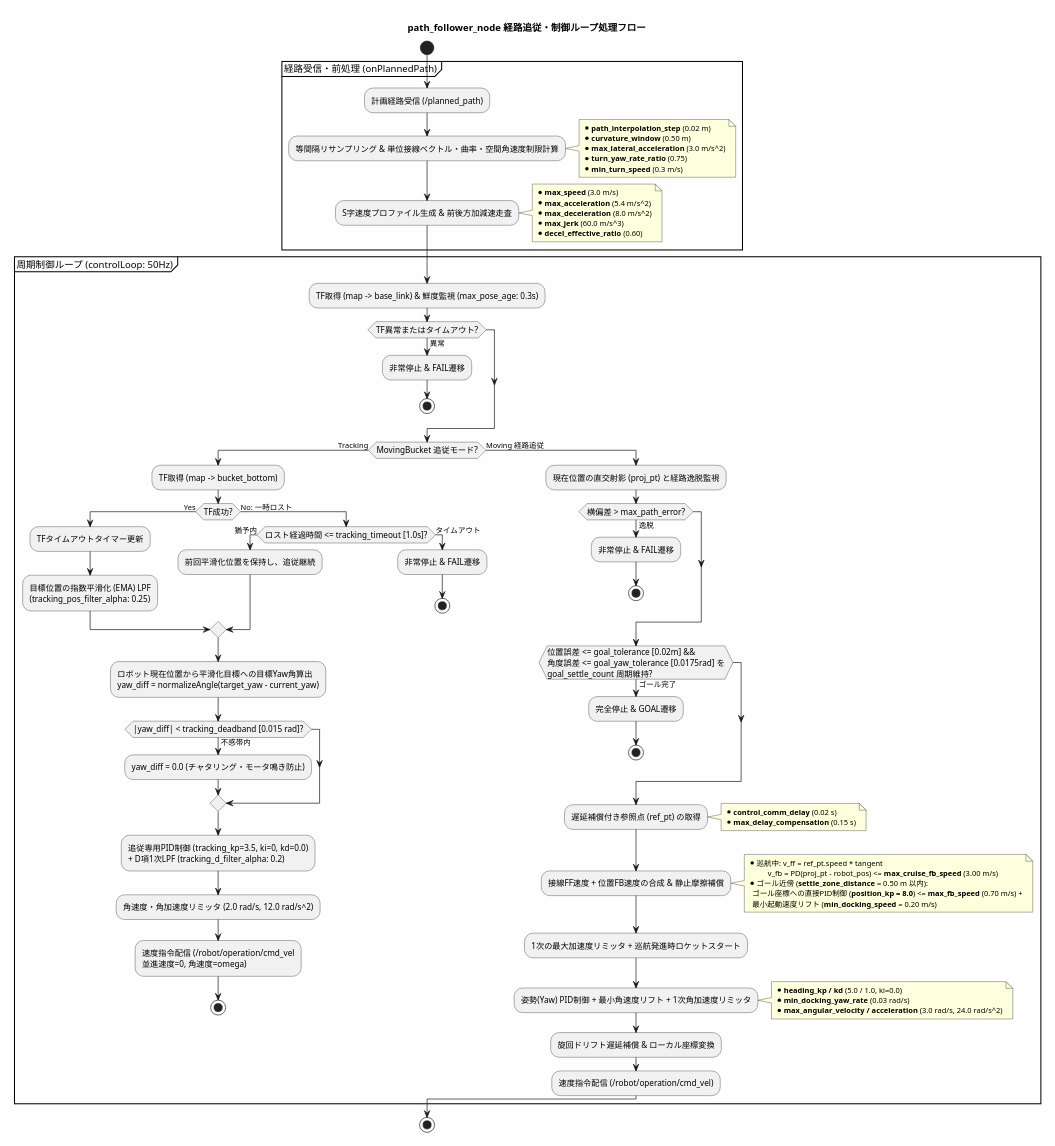
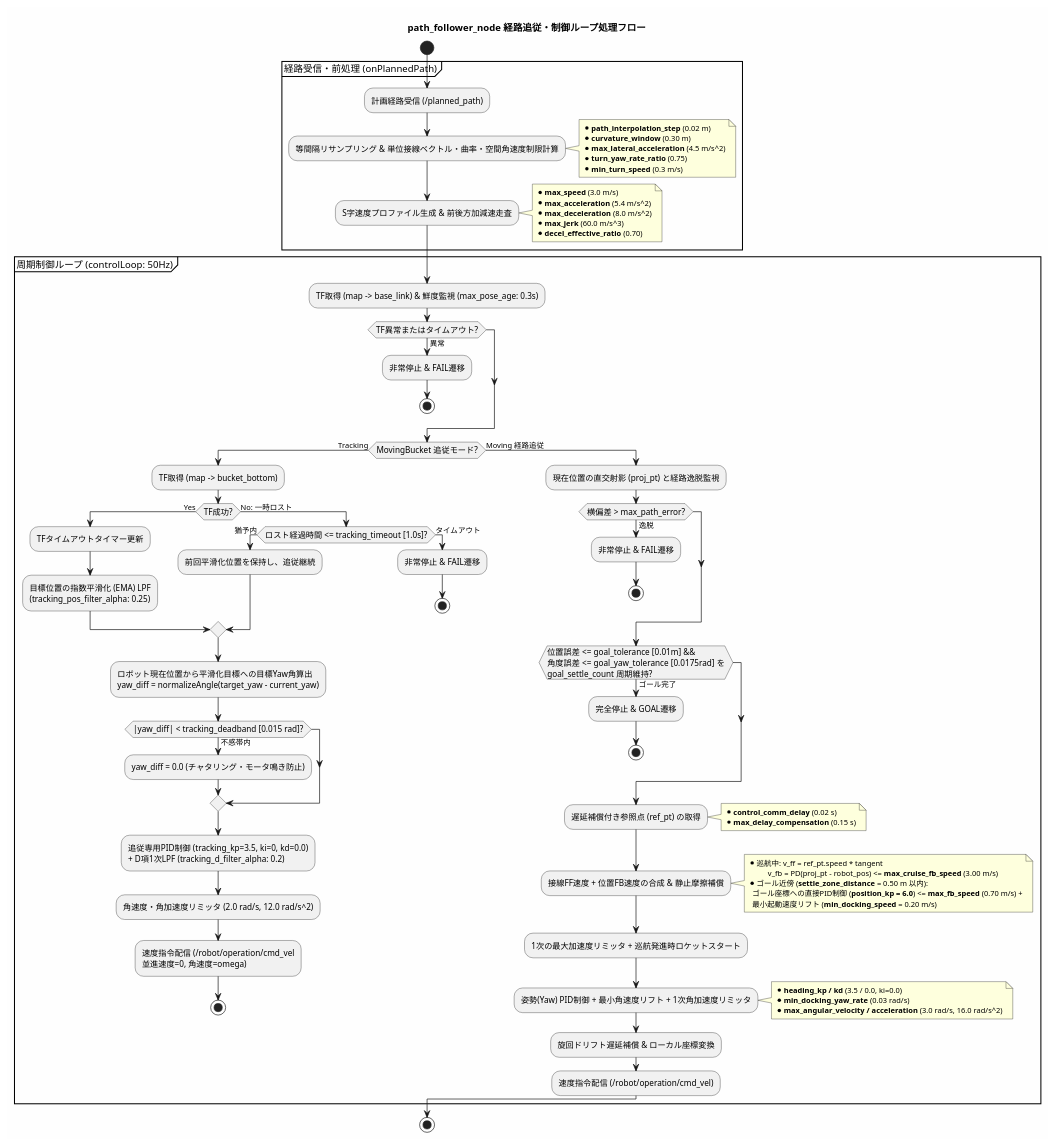
One commit to tmcit-ararobo-2026a/gn10-navigation changed the diagram in docs/path_follower_flow.pu. Above: the diagram before and after it, drawn with PlantUML. The commit also changed 9 other files, not shown here.

Commit message:
docs: update PlantUML diagrams and READMEs to reflect 2-stage hybrid smoothing (Elastic Band + Fillet)

```diff
--- a/docs/path_follower_flow.pu
+++ b/docs/path_follower_flow.pu
@@ -1,105 +1,105 @@
 @startuml path_follower_flow
 skinparam backgroundColor #FEFEFE
 skinparam activityFontSize 12
 skinparam noteFontSize 11
 
 title path_follower_node 経路追従・制御ループ処理フロー
 
 start
 
 partition "経路受信・前処理 (onPlannedPath)" {
     :計画経路受信 (/planned_path);
     :等間隔リサンプリング & 単位接線ベクトル・曲率・空間角速度制限計算;
     note right
       * <b>path_interpolation_step</b> (0.02 m)
-      * <b>curvature_window</b> (0.50 m)
-      * <b>max_lateral_acceleration</b> (3.0 m/s^2)
+      * <b>curvature_window</b> (0.30 m)
+      * <b>max_lateral_acceleration</b> (4.5 m/s^2)
       * <b>turn_yaw_rate_ratio</b> (0.75)
       * <b>min_turn_speed</b> (0.3 m/s)
     end note
 
     :S字速度プロファイル生成 & 前後方加減速走査;
     note right
       * <b>max_speed</b> (3.0 m/s)
       * <b>max_acceleration</b> (5.4 m/s^2)
       * <b>max_deceleration</b> (8.0 m/s^2)
       * <b>max_jerk</b> (60.0 m/s^3)
-      * <b>decel_effective_ratio</b> (0.60)
+      * <b>decel_effective_ratio</b> (0.70)
     end note
 }
 
 partition "周期制御ループ (controlLoop: 50Hz)" {
     :TF取得 (map -> base_link) & 鮮度監視 (max_pose_age: 0.3s);
     if (TF異常またはタイムアウト?) then (異常)
         :非常停止 & FAIL遷移;
         stop
     endif
 
     if (MovingBucket 追従モード?) then (Tracking)
         :TF取得 (map -> bucket_bottom);
         if (TF成功?) then (Yes)
             :TFタイムアウトタイマー更新;
             :目標位置の指数平滑化 (EMA) LPF\n(tracking_pos_filter_alpha: 0.25);
         else (No: 一時ロスト)
             if (ロスト経過時間 <= tracking_timeout [1.0s]?) then (猶予内)
                 :前回平滑化位置を保持し、追従継続;
             else (タイムアウト)
                 :非常停止 & FAIL遷移;
                 stop
             endif
         endif
 
         :ロボット現在位置から平滑化目標への目標Yaw角算出\nyaw_diff = normalizeAngle(target_yaw - current_yaw);
 
         if (|yaw_diff| < tracking_deadband [0.015 rad]?) then (不感帯内)
             :yaw_diff = 0.0 (チャタリング・モータ鳴き防止);
         endif
 
         :追従専用PID制御 (tracking_kp=3.5, ki=0, kd=0.0)\n+ D項1次LPF (tracking_d_filter_alpha: 0.2);
         :角速度・角加速度リミッタ (2.0 rad/s, 12.0 rad/s^2);
         :速度指令配信 (/robot/operation/cmd_vel\n並進速度=0, 角速度=omega);
         stop
     else (Moving 経路追従)
         :現在位置の直交射影 (proj_pt) と経路逸脱監視;
         if (横偏差 > max_path_error?) then (逸脱)
             :非常停止 & FAIL遷移;
             stop
         endif
 
-        if (位置誤差 <= goal_tolerance [0.02m] &&\n角度誤差 <= goal_yaw_tolerance [0.0175rad] を\ngoal_settle_count 周期維持?) then (ゴール完了)
+        if (位置誤差 <= goal_tolerance [0.01m] &&\n角度誤差 <= goal_yaw_tolerance [0.0175rad] を\ngoal_settle_count 周期維持?) then (ゴール完了)
             :完全停止 & GOAL遷移;
             stop
         endif
 
         :遅延補償付き参照点 (ref_pt) の取得;
         note right
           * <b>control_comm_delay</b> (0.02 s)
           * <b>max_delay_compensation</b> (0.15 s)
         end note
 
         :接線FF速度 + 位置FB速度の合成 & 静止摩擦補償;
         note right
           * 巡航中: v_ff = ref_pt.speed * tangent
                     v_fb = PD(proj_pt - robot_pos) <= <b>max_cruise_fb_speed</b> (3.00 m/s)
           * ゴール近傍 (<b>settle_zone_distance</b> = 0.50 m 以内):
-            ゴール座標への直接PID制御 (<b>position_kp = 8.0</b>) <= <b>max_fb_speed</b> (0.70 m/s) +
+            ゴール座標への直接PID制御 (<b>position_kp = 6.0</b>) <= <b>max_fb_speed</b> (0.70 m/s) +
             最小起動速度リフト (<b>min_docking_speed</b> = 0.20 m/s)
         end note
 
         :1次の最大加速度リミッタ + 巡航発進時ロケットスタート;
 
         :姿勢(Yaw) PID制御 + 最小角速度リフト + 1次角加速度リミッタ;
         note right
-          * <b>heading_kp / kd</b> (5.0 / 1.0, ki=0.0)
+          * <b>heading_kp / kd</b> (3.5 / 0.0, ki=0.0)
           * <b>min_docking_yaw_rate</b> (0.03 rad/s)
-          * <b>max_angular_velocity / acceleration</b> (3.0 rad/s, 24.0 rad/s^2)
+          * <b>max_angular_velocity / acceleration</b> (3.0 rad/s, 16.0 rad/s^2)
         end note
 
         :旋回ドリフト遅延補償 & ローカル座標変換;
         :速度指令配信 (/robot/operation/cmd_vel);
     endif
 }
 
 stop
 
 @enduml
```
